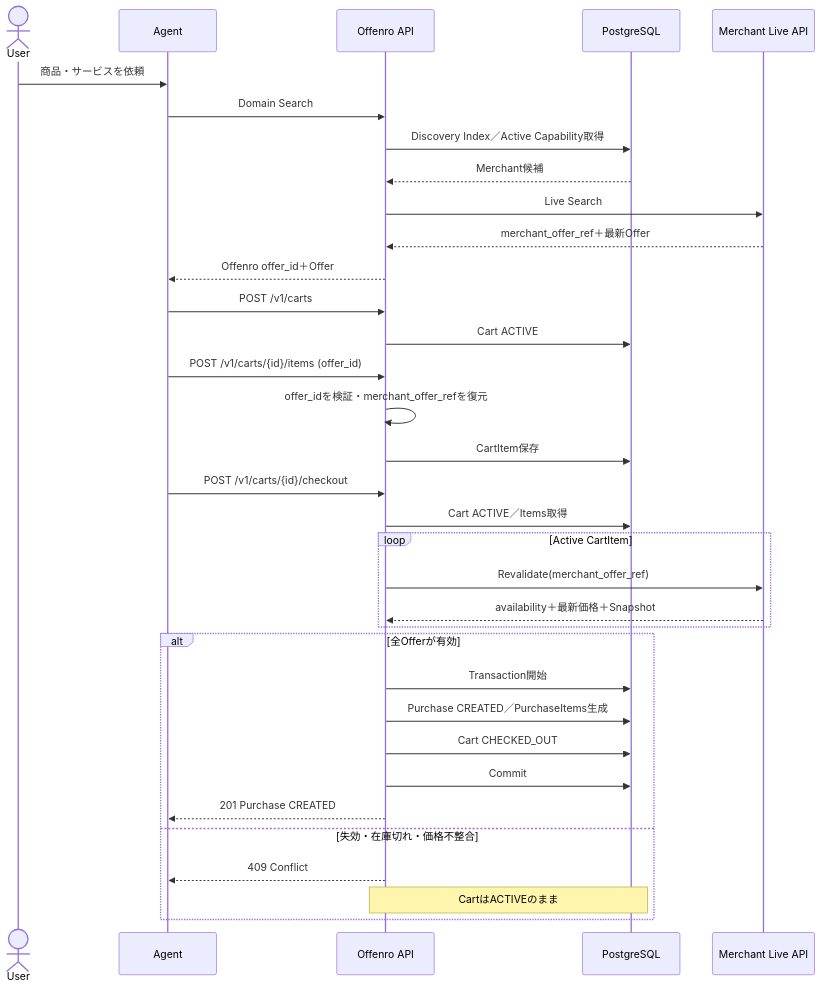
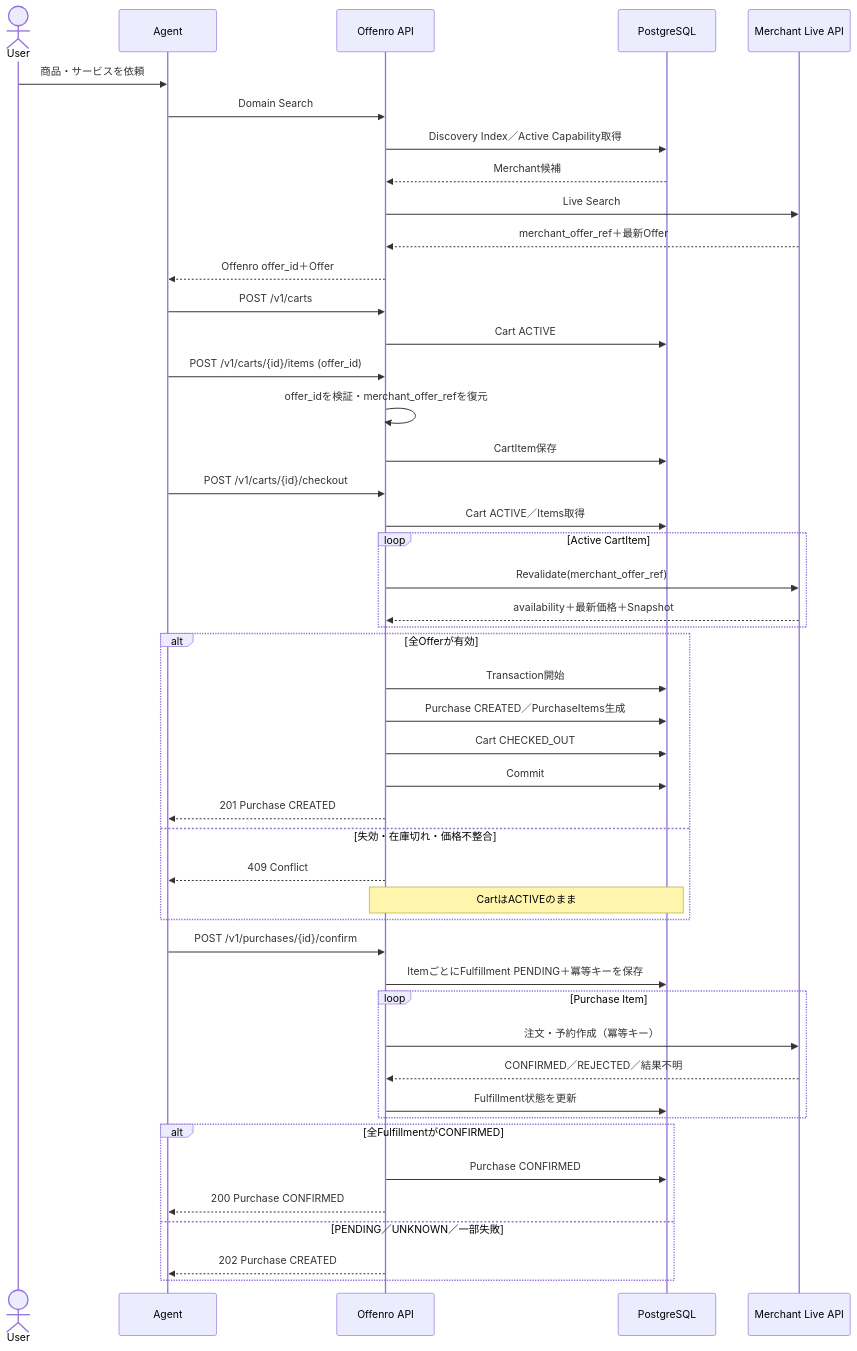
One commit to ShuzoShinagawa1102/offenro changed the first of 2 diagrams in doc/sequences/agent-purchase.md. Above: the diagram before and after it, drawn with Mermaid. The commit also changed other lines of this file and 47 other files, not shown here.

````diff
--- a/doc/sequences/agent-purchase.md
+++ b/doc/sequences/agent-purchase.md
@@ -5,40 +5,54 @@
 ```mermaid
 sequenceDiagram
     actor User
     participant Agent
     participant Offenro as Offenro API
     participant DB as PostgreSQL
     participant Merchant as Merchant Live API
 
     User->>Agent: 商品・サービスを依頼
     Agent->>Offenro: Domain Search
     Offenro->>DB: Discovery Index／Active Capability取得
     DB-->>Offenro: Merchant候補
     Offenro->>Merchant: Live Search
     Merchant-->>Offenro: merchant_offer_ref＋最新Offer
     Offenro-->>Agent: Offenro offer_id＋Offer
 
     Agent->>Offenro: POST /v1/carts
     Offenro->>DB: Cart ACTIVE
     Agent->>Offenro: POST /v1/carts/{id}/items (offer_id)
     Offenro->>Offenro: offer_idを検証・merchant_offer_refを復元
     Offenro->>DB: CartItem保存
 
     Agent->>Offenro: POST /v1/carts/{id}/checkout
     Offenro->>DB: Cart ACTIVE／Items取得
     loop Active CartItem
         Offenro->>Merchant: Revalidate(merchant_offer_ref)
         Merchant-->>Offenro: availability＋最新価格＋Snapshot
     end
 
     alt 全Offerが有効
         Offenro->>DB: Transaction開始
         Offenro->>DB: Purchase CREATED／PurchaseItems生成
         Offenro->>DB: Cart CHECKED_OUT
         Offenro->>DB: Commit
         Offenro-->>Agent: 201 Purchase CREATED
     else 失効・在庫切れ・価格不整合
         Offenro-->>Agent: 409 Conflict
         Note over Offenro,DB: CartはACTIVEのまま
     end
+
+    Agent->>Offenro: POST /v1/purchases/{id}/confirm
+    Offenro->>DB: ItemごとにFulfillment PENDING＋冪等キーを保存
+    loop Purchase Item
+        Offenro->>Merchant: 注文・予約作成（冪等キー）
+        Merchant-->>Offenro: CONFIRMED／REJECTED／結果不明
+        Offenro->>DB: Fulfillment状態を更新
+    end
+    alt 全FulfillmentがCONFIRMED
+        Offenro->>DB: Purchase CONFIRMED
+        Offenro-->>Agent: 200 Purchase CONFIRMED
+    else PENDING／UNKNOWN／一部失敗
+        Offenro-->>Agent: 202 Purchase CREATED
+    end
 ```
````
